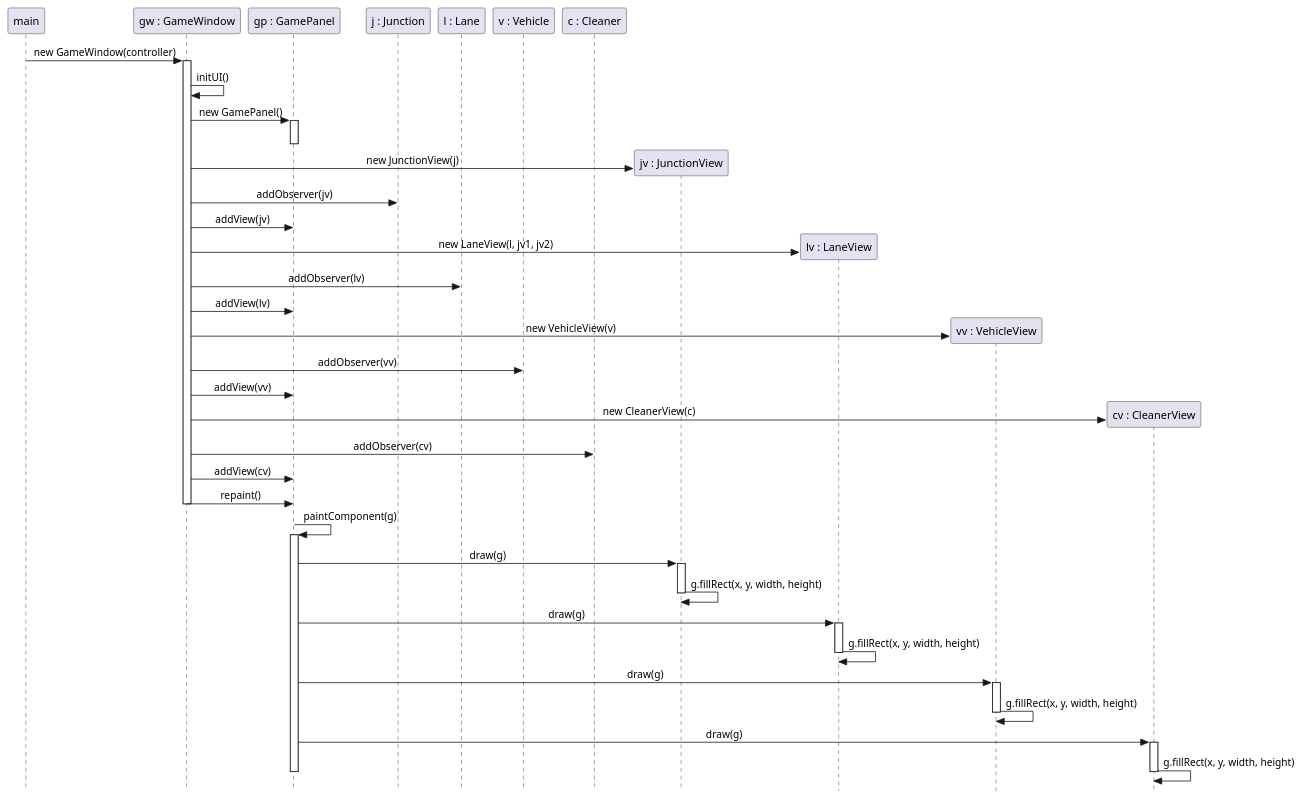
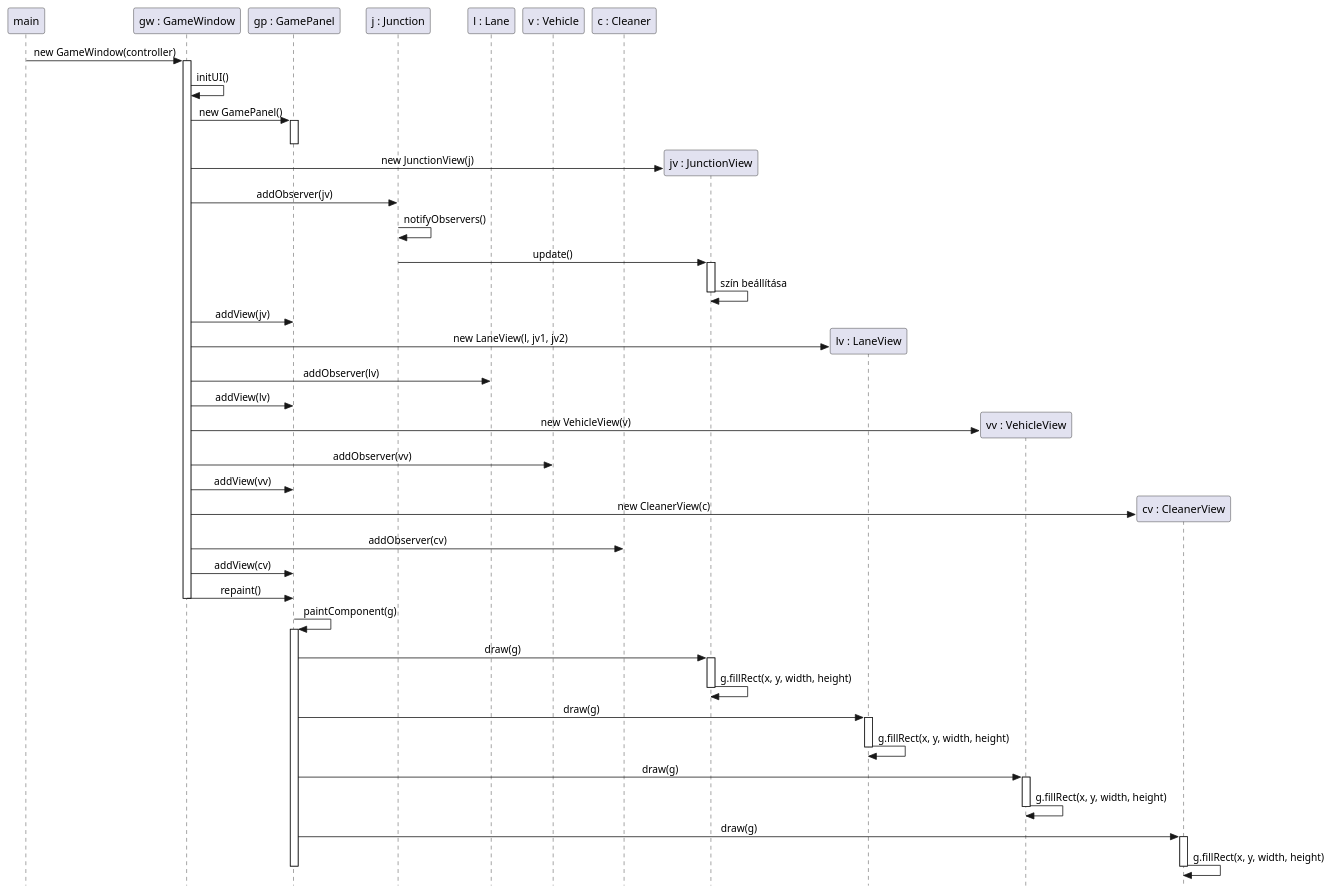
The diagram in docs/11/diagrams/sequence/01.puml (toth-andor/UneNotteANapoli), drawn with PlantUML before and after one commit. The commit also changed 3 other files, not shown here.

```diff
--- a/docs/11/diagrams/sequence/01.puml
+++ b/docs/11/diagrams/sequence/01.puml
@@ -1,65 +1,70 @@
 @startuml
 ' SD-UI-01: Grafikus felület inicializációja
 skinparam style strictuml
 skinparam sequenceMessageAlign center
 
 participant "main" as Main
 participant "gw : GameWindow" as GW
 participant "gp : GamePanel" as GP
 participant "j : Junction" as J
 participant "l : Lane" as L
 participant "v : Vehicle" as V
 participant "c : Cleaner" as C
 
 Main -> GW : new GameWindow(controller)
 activate GW
     GW -> GW : initUI()
 
     GW -> GP : new GamePanel()
     activate GP
     deactivate GP
 
     create participant "jv : JunctionView" as JV
     GW -> JV : new JunctionView(j)
     GW -> J : addObserver(jv)
+    J -> J : notifyObservers()
+    J -> JV : update()
+    activate JV
+        JV -> JV : szín beállítása
+    deactivate JV
     GW -> GP : addView(jv)
 
     create participant "lv : LaneView" as LV
     GW -> LV : new LaneView(l, jv1, jv2)
     
     GW -> L : addObserver(lv)
     GW -> GP : addView(lv)
 
     create participant "vv : VehicleView" as VV
     GW -> VV : new VehicleView(v)
     GW -> V : addObserver(vv)
     GW -> GP : addView(vv)
 
     create participant "cv : CleanerView" as CV
     GW -> CV : new CleanerView(c)
     GW -> C : addObserver(cv)
     GW -> GP : addView(cv)
 
     GW -> GP : repaint()
 deactivate GW
 
 GP -> GP : paintComponent(g)
 activate GP
     GP -> JV : draw(g)
     activate JV
         JV -> JV : g.fillRect(x, y, width, height)
     deactivate JV
     GP -> LV : draw(g)
     activate LV
         LV -> LV : g.fillRect(x, y, width, height)
     deactivate LV
     GP -> VV : draw(g)
     activate VV
         VV -> VV : g.fillRect(x, y, width, height)
     deactivate VV
     GP -> CV : draw(g)
     activate CV
         CV -> CV : g.fillRect(x, y, width, height)
     deactivate CV
 deactivate GP
 @enduml
```
